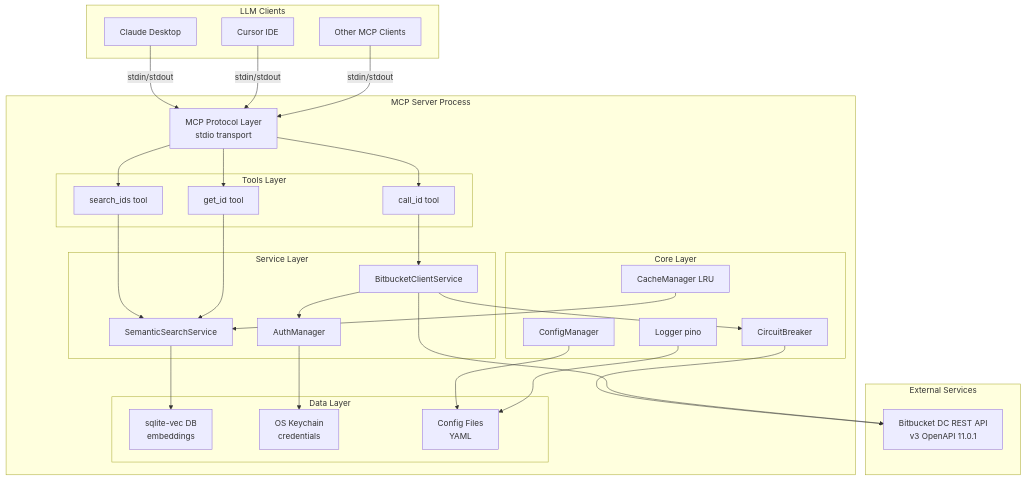
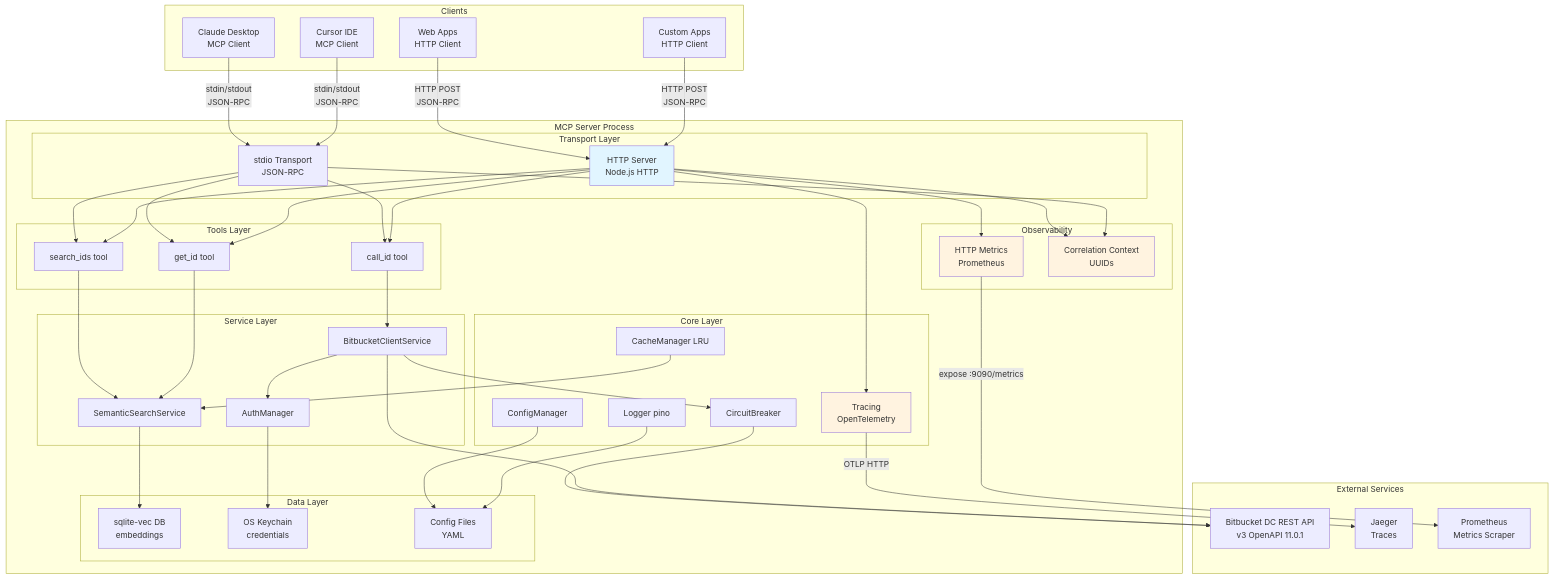
The first of 7 diagrams in docs/internal/architecture.md (guercheLE/bitbucket-dc-mcp), drawn with Mermaid before and after one commit. The commit also changed other lines of this file and 3 other files, not shown here.

First line of the commit message:
feat(http-server): enhance HTTP server mode documentation and add OpenTelemetry support

````diff
--- a/docs/internal/architecture.md
+++ b/docs/internal/architecture.md
@@ -105,13 +105,17 @@
 ```mermaid
 graph TB
-    subgraph "LLM Clients"
-        CLAUDE[Claude Desktop]
-        CURSOR[Cursor IDE]
-        OTHER[Other MCP Clients]
+    subgraph "Clients"
+        CLAUDE[Claude Desktop<br/>MCP Client]
+        CURSOR[Cursor IDE<br/>MCP Client]
+        WEB[Web Apps<br/>HTTP Client]
+        CUSTOM[Custom Apps<br/>HTTP Client]
     end
 
     subgraph "MCP Server Process"
-        MCP_PROTOCOL[MCP Protocol Layer<br/>stdio transport]
+        subgraph "Transport Layer"
+            STDIO[stdio Transport<br/>JSON-RPC]
+            HTTP[HTTP Server<br/>Node.js HTTP]
+        end
         
         subgraph "Tools Layer"
             SEARCH[search_ids tool]
@@ -130,6 +134,7 @@
             LOGGER[Logger pino]
             CACHE[CacheManager LRU]
             CB[CircuitBreaker]
+            TRACING[Tracing<br/>OpenTelemetry]
         end
         
         subgraph "Data Layer"
@@ -137,19 +142,30 @@
             KEYCHAIN[OS Keychain<br/>credentials]
             FS[Config Files<br/>YAML]
         end
+        
+        subgraph "Observability"
+            METRICS[HTTP Metrics<br/>Prometheus]
+            CORRELATION[Correlation Context<br/>UUIDs]
+        end
     end
 
     subgraph "External Services"
         BITBUCKET[Bitbucket DC REST API<br/>v3 OpenAPI 11.0.1]
+        JAEGER[Jaeger<br/>Traces]
+        PROMETHEUS[Prometheus<br/>Metrics Scraper]
     end
 
-    CLAUDE -->|stdin/stdout| MCP_PROTOCOL
-    CURSOR -->|stdin/stdout| MCP_PROTOCOL
-    OTHER -->|stdin/stdout| MCP_PROTOCOL
+    CLAUDE -->|stdin/stdout<br/>JSON-RPC| STDIO
+    CURSOR -->|stdin/stdout<br/>JSON-RPC| STDIO
+    WEB -->|HTTP POST<br/>JSON-RPC| HTTP
+    CUSTOM -->|HTTP POST<br/>JSON-RPC| HTTP
     
-    MCP_PROTOCOL --> SEARCH
-    MCP_PROTOCOL --> GET
-    MCP_PROTOCOL --> CALL
+    STDIO --> SEARCH
+    STDIO --> GET
+    STDIO --> CALL
+    HTTP --> SEARCH
+    HTTP --> GET
+    HTTP --> CALL
     
     SEARCH --> SS
     GET --> SS
@@ -166,4 +182,17 @@
     CONFIG --> FS
     LOGGER --> FS
     CACHE --> SS
+    
+    HTTP --> METRICS
+    HTTP --> TRACING
+    HTTP --> CORRELATION
+    STDIO --> CORRELATION
+    
+    METRICS -->|expose :9090/metrics| PROMETHEUS
+    TRACING -->|OTLP HTTP| JAEGER
+    
+    style HTTP fill:#e1f5ff
+    style METRICS fill:#fff3e0
+    style TRACING fill:#fff3e0
+    style CORRELATION fill:#fff3e0
 ```
````
